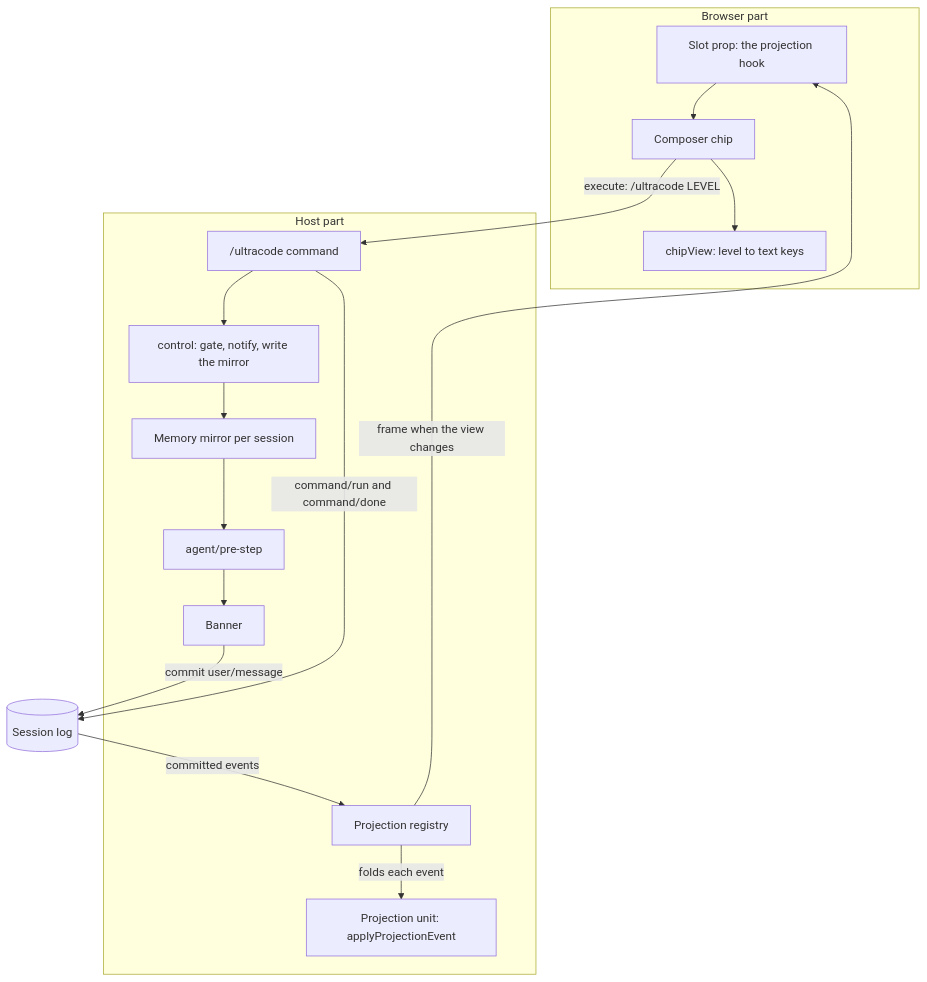
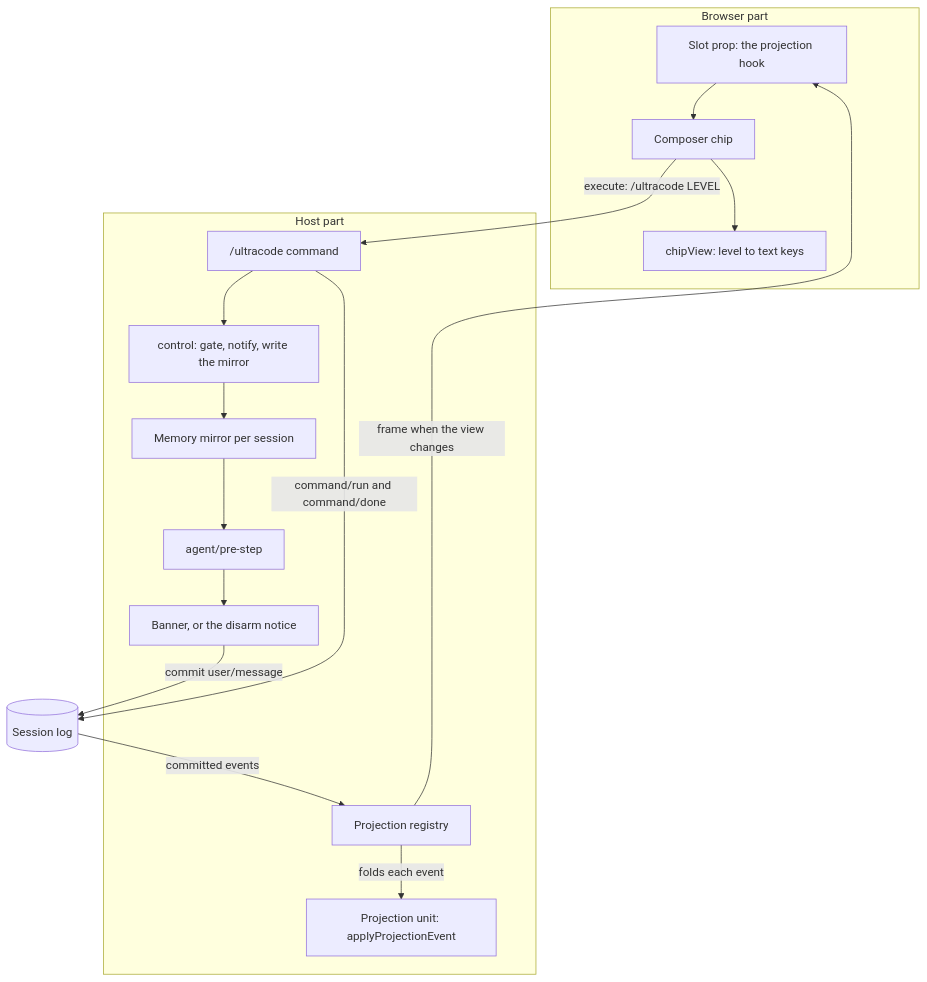
Before and after one commit to Dessera/dsh-ultracode: the diagram in docs/architecture.md, drawn with Mermaid. The commit also changed other lines of this file and 6 other files, not shown here.

````diff
--- a/docs/architecture.md
+++ b/docs/architecture.md
@@ -247,33 +275,33 @@
 ```mermaid
 flowchart TB
     subgraph browser[Browser part]
         seat["Slot prop: the projection hook"]
         chip[Composer chip]
         view["chipView: level to text keys"]
         seat --> chip
         chip --> view
     end
 
     subgraph host[Host part]
         command["/ultracode command"]
         control["control: gate, notify, write the mirror"]
         mirror["Memory mirror per session"]
         prestep["agent/pre-step"]
-        banner["Banner"]
+        banner["Banner, or the disarm notice"]
         registry["Projection registry"]
         unit["Projection unit: applyProjectionEvent"]
     end
 
     log[(Session log)]
 
     chip -- "execute: /ultracode LEVEL" --> command
     command --> control
     control --> mirror
     mirror --> prestep
     prestep --> banner
     banner -- "commit user/message" --> log
     command -- "command/run and command/done" --> log
     log -- "committed events" --> registry
     registry -- "folds each event" --> unit
     registry -- "frame when the view changes" --> seat
 ```
````
